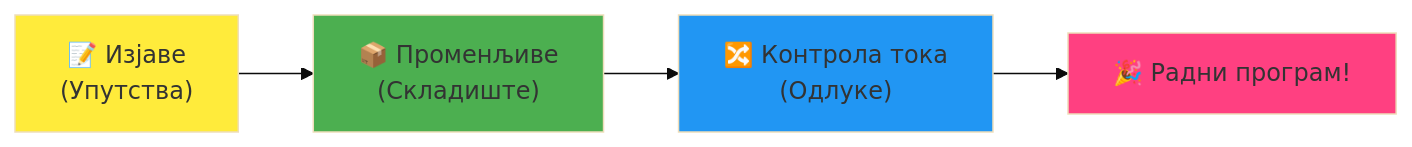
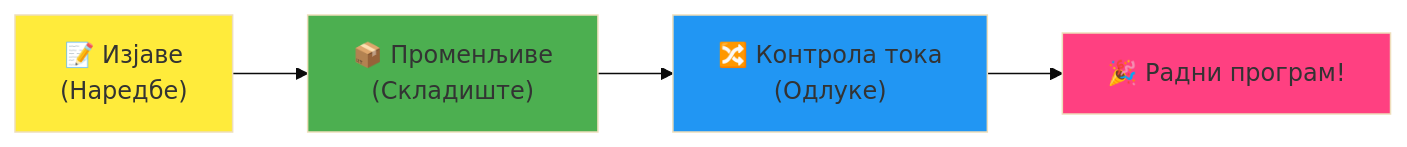
Before and after one commit to microsoft/Web-Dev-For-Beginners: the fourth of 7 diagrams in translations/sr/1-getting-started-lessons/1-intro-to-programming-languages/README.md, drawn with Mermaid (base theme). The commit also changed other lines of this file and 8 other files, not shown here.

````diff
--- a/translations/sr/1-getting-started-lessons/1-intro-to-programming-languages/README.md
+++ b/translations/sr/1-getting-started-lessons/1-intro-to-programming-languages/README.md
@@ -467,9 +467,9 @@
 ```mermaid
 flowchart LR
-    A["📝 Изјаве<br/>(Упутства)"] --> B["📦 Променљиве<br/>(Складиште)"] --> C["🔀 Контрола тока<br/>(Одлуке)"] --> D["🎉 Радни програм!"]
+    A["📝 Изјаве<br/>(Наредбе)"] --> B["📦 Променљиве<br/>(Складиште)"] --> C["🔀 Контрола тока<br/>(Одлуке)"] --> D["🎉 Радни програм!"]
     
     style A fill:#ffeb3b
     style B fill:#4caf50
     style C fill:#2196f3
     style D fill:#ff4081
 ```
````
